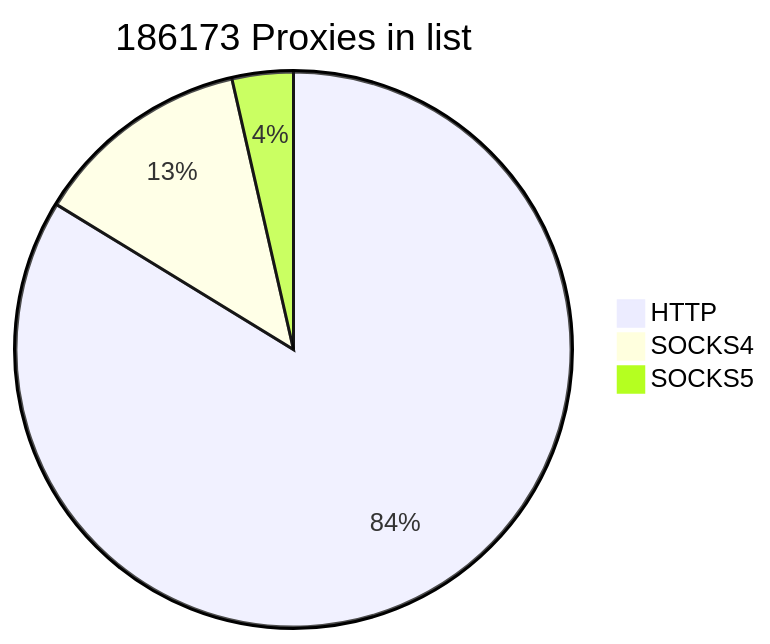
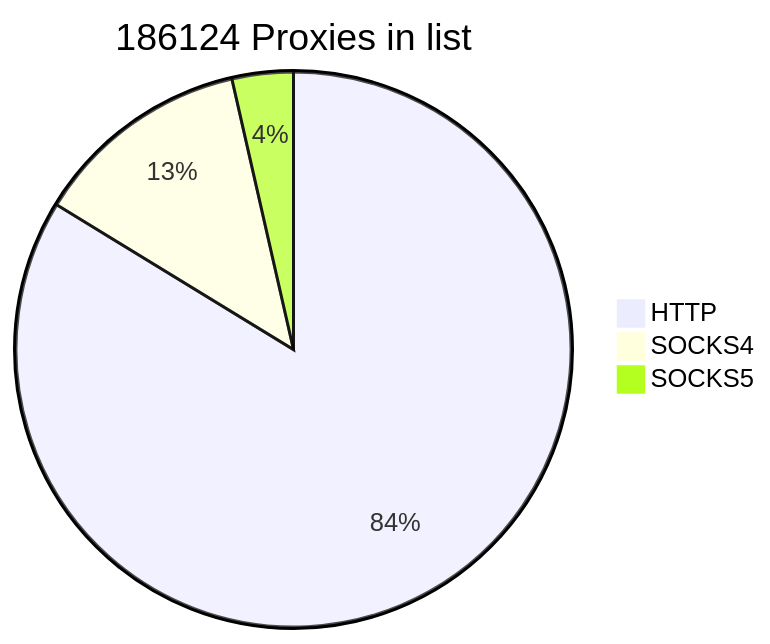
Before and after one commit to cutipu/proxylist: the first of 2 diagrams in README.md, drawn with Mermaid. The commit also changed other lines of this file, not shown here.

````diff
--- a/README.md
+++ b/README.md
@@ -2,7 +2,7 @@
 ```mermaid
-pie title 186173 Proxies in list
-    "HTTP" : 155902
+pie title 186124 Proxies in list
+    "HTTP" : 155853
     "SOCKS4" : 23640
     "SOCKS5" : 6631
             
 ```
````
